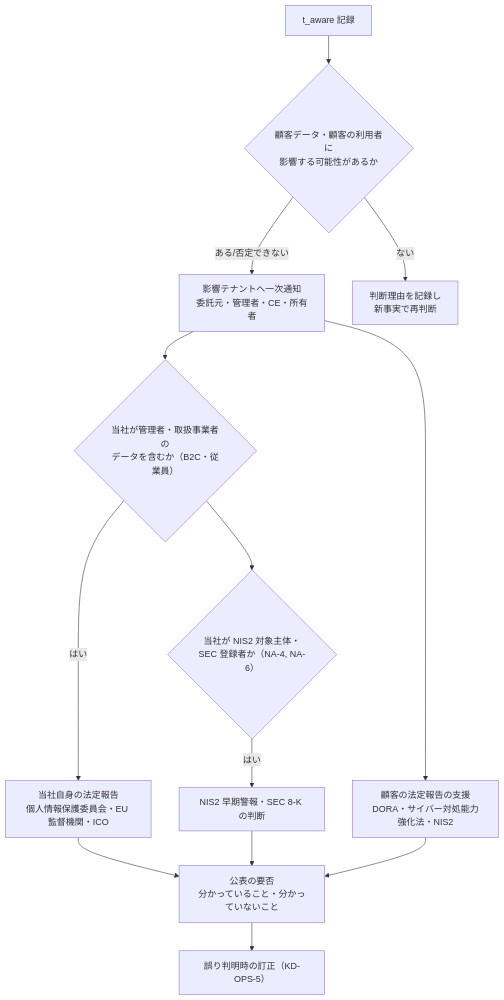
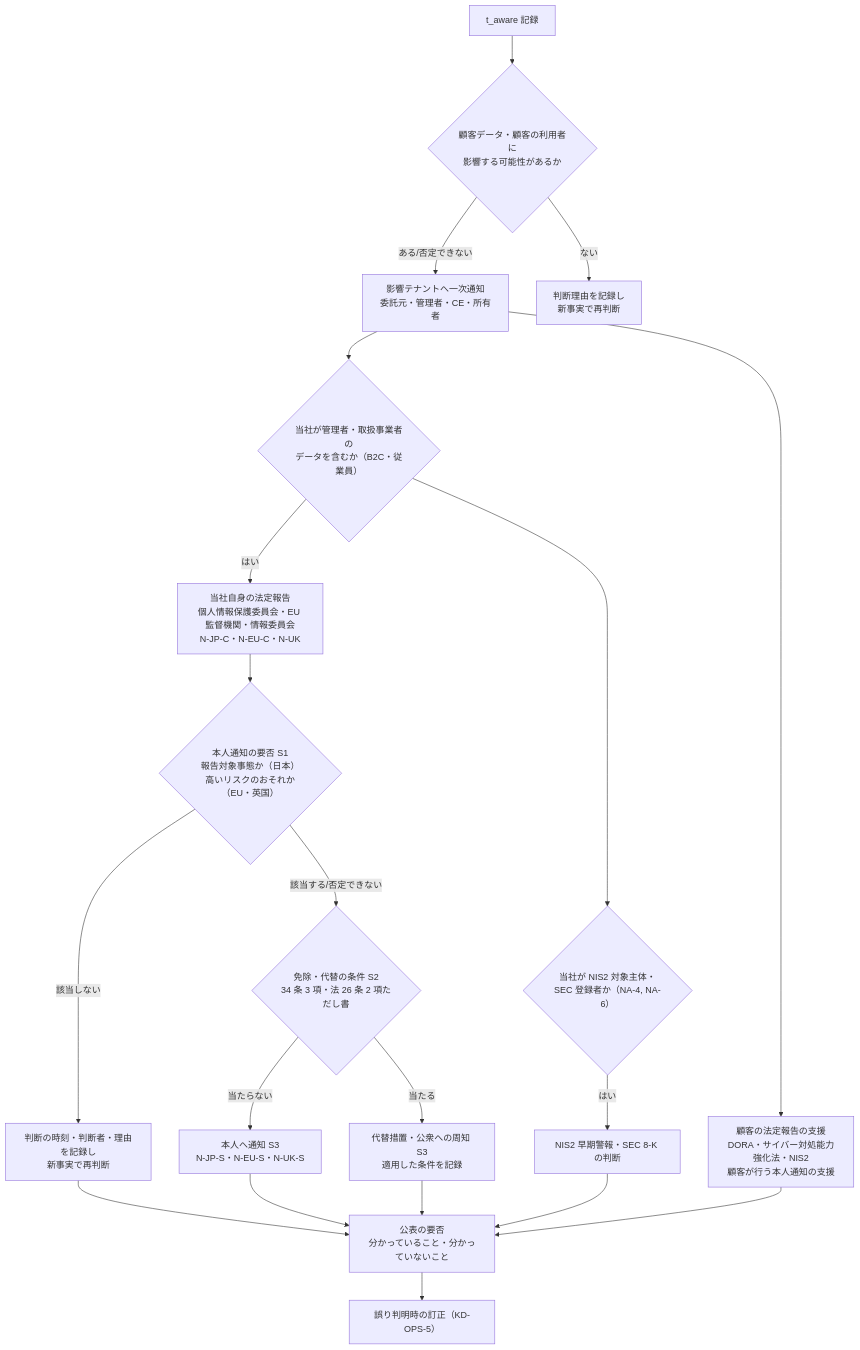
Before and after one commit to Takenori-Kusaka/auth-stack: the second of 2 diagrams in 08_operations/compromise-runbooks.md, drawn with Mermaid. The commit also changed other lines of this file and 42 other files, not shown here.

````diff
--- a/08_operations/compromise-runbooks.md
+++ b/08_operations/compromise-runbooks.md
@@ -225,15 +228,22 @@
 ```mermaid
 flowchart TD
   A[t_aware 記録] --> B{顧客データ・顧客の利用者に<br/>影響する可能性があるか}
   B -- ある/否定できない --> C[影響テナントへ一次通知<br/>委託元・管理者・CE・所有者]
   B -- ない --> D[判断理由を記録し<br/>新事実で再判断]
   C --> E{当社が管理者・取扱事業者の<br/>データを含むか（B2C・従業員）}
-  E -- はい --> F[当社自身の法定報告<br/>個人情報保護委員会・EU 監督機関・ICO]
-  C --> G[顧客の法定報告の支援<br/>DORA・サイバー対処能力強化法・NIS2]
+  E -- はい --> F[当社自身の法定報告<br/>個人情報保護委員会・EU 監督機関・情報委員会<br/>N-JP-C・N-EU-C・N-UK]
+  F --> S{本人通知の要否 S1<br/>報告対象事態か（日本）<br/>高いリスクのおそれか（EU・英国）}
+  S -- 該当しない --> SR[判断の時刻・判断者・理由を記録し<br/>新事実で再判断]
+  S -- 該当する/否定できない --> X{免除・代替の条件 S2<br/>34 条 3 項・法 26 条 2 項ただし書}
+  X -- 当たらない --> SN[本人へ通知 S3<br/>N-JP-S・N-EU-S・N-UK-S]
+  X -- 当たる --> SA[代替措置・公衆への周知 S3<br/>適用した条件を記録]
+  C --> G[顧客の法定報告の支援<br/>DORA・サイバー対処能力強化法・NIS2<br/>顧客が行う本人通知の支援]
   E --> H{当社が NIS2 対象主体・<br/>SEC 登録者か（NA-4, NA-6）}
   H -- はい --> I[NIS2 早期警報・SEC 8-K の判断]
-  F --> J[公表の要否<br/>分かっていること・分かっていないこと]
+  SN --> J[公表の要否<br/>分かっていること・分かっていないこと]
+  SA --> J
+  SR --> J
   G --> J
   I --> J
   J --> K[誤り判明時の訂正（KD-OPS-5）]
 ```
````
